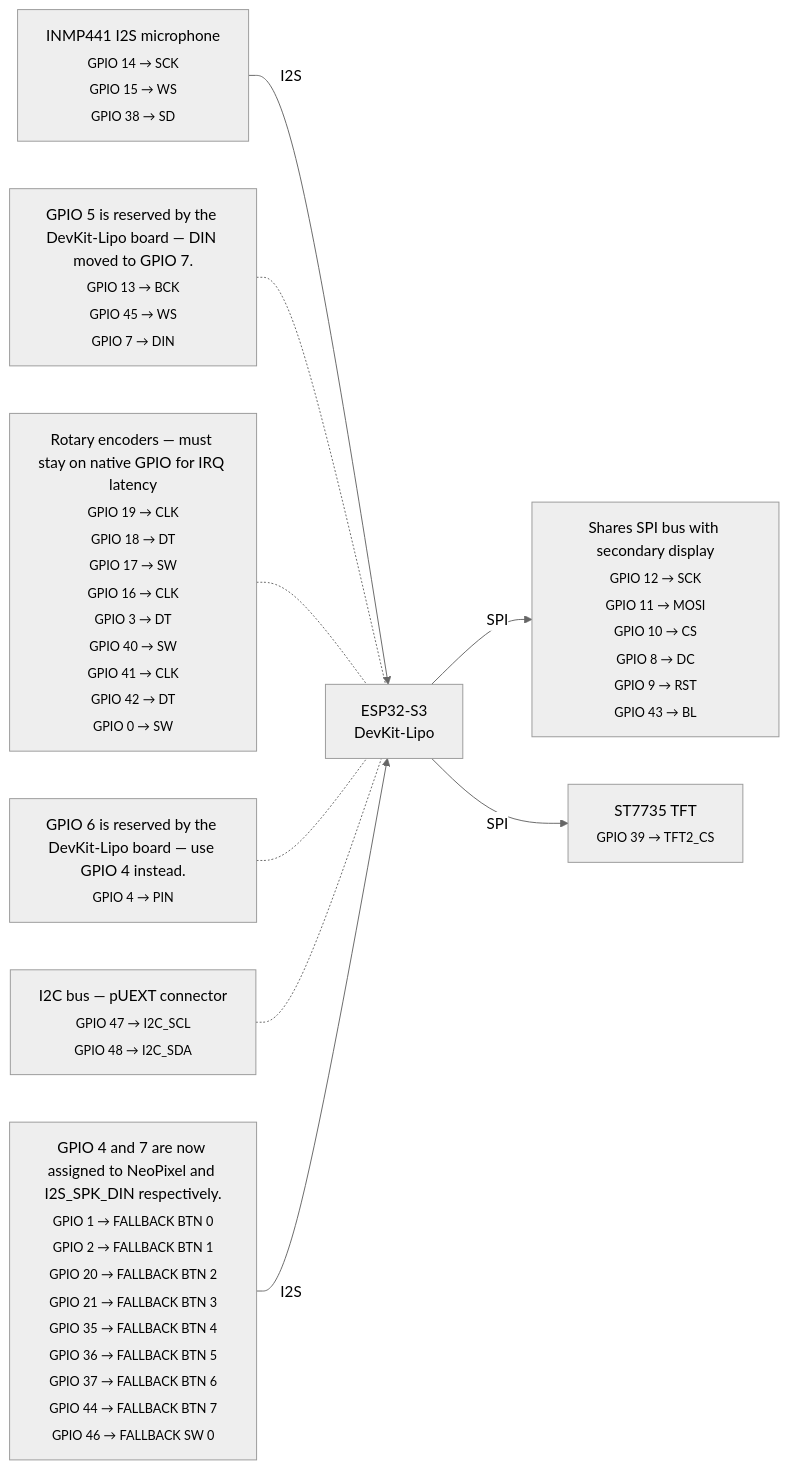
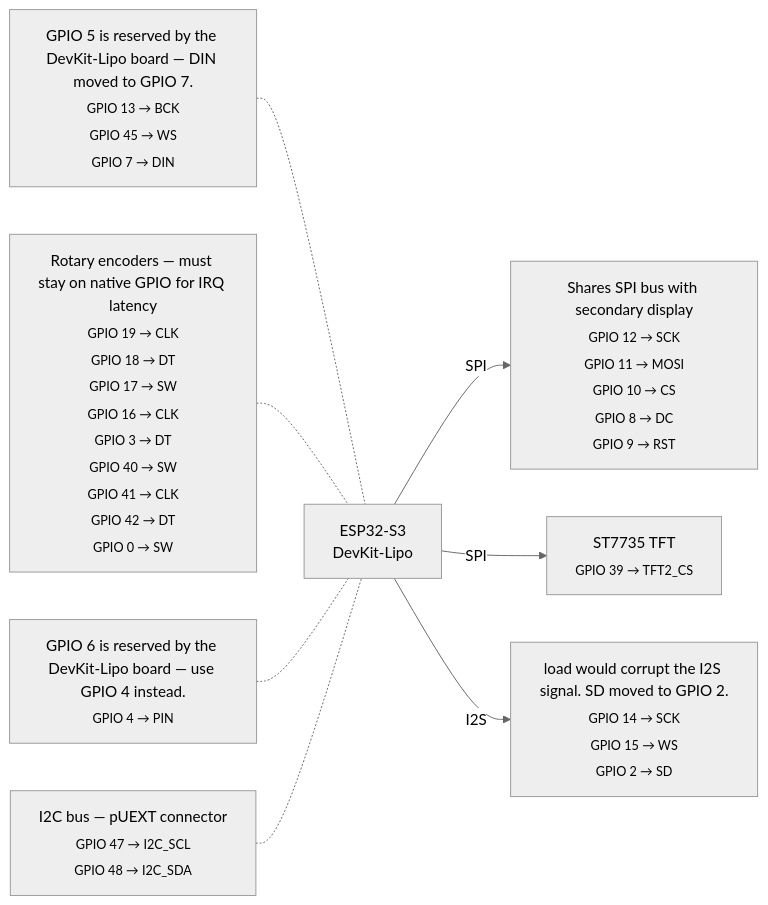
One commit to mandakan/bodn-esp32 changed the diagram in docs/wiring.md. Above: the diagram before and after it, drawn with Mermaid (neutral theme). The commit also changed other lines of this file and 3 other files, not shown here.

````diff
--- a/docs/wiring.md
+++ b/docs/wiring.md
@@ -8,29 +8,26 @@
 ```mermaid
 graph LR
     ESP["ESP32-S3<br/>DevKit-Lipo"]
 
-    SharesSPIbuswithsecondarydisplay["Shares SPI bus with secondary display<br/><sub>GPIO 12 → SCK<br/>GPIO 11 → MOSI<br/>GPIO 10 → CS<br/>GPIO 8 → DC<br/>GPIO 9 → RST<br/>GPIO 43 → BL</sub>"]
+    SharesSPIbuswithsecondarydisplay["Shares SPI bus with secondary display<br/><sub>GPIO 12 → SCK<br/>GPIO 11 → MOSI<br/>GPIO 10 → CS<br/>GPIO 8 → DC<br/>GPIO 9 → RST</sub>"]
     ESP -- SPI --> SharesSPIbuswithsecondarydisplay
 
     ST7735TFT["ST7735 TFT<br/><sub>GPIO 39 → TFT2_CS</sub>"]
     ESP -- SPI --> ST7735TFT
 
-    INMP441I2Smicrophone["INMP441 I2S microphone<br/><sub>GPIO 14 → SCK<br/>GPIO 15 → WS<br/>GPIO 38 → SD</sub>"]
-    INMP441I2Smicrophone -- I2S --> ESP
+    loadwouldcorrupttheI2SsignalSDmovedtoGPIO2["load would corrupt the I2S signal. SD moved to GPIO 2.<br/><sub>GPIO 14 → SCK<br/>GPIO 15 → WS<br/>GPIO 2 → SD</sub>"]
+    ESP -- I2S --> loadwouldcorrupttheI2SsignalSDmovedtoGPIO2
 
     GPIO5isreservedbytheDevKitLipoboardDINmovedtoGPIO7["GPIO 5 is reserved by the DevKit-Lipo board — DIN moved to GPIO 7.<br/><sub>GPIO 13 → BCK<br/>GPIO 45 → WS<br/>GPIO 7 → DIN</sub>"]
     GPIO5isreservedbytheDevKitLipoboardDINmovedtoGPIO7 -.- ESP
 
     RotaryencodersmuststayonnativeGPIOforIRQlatency["Rotary encoders — must stay on native GPIO for IRQ latency<br/><sub>GPIO 19 → CLK<br/>GPIO 18 → DT<br/>GPIO 17 → SW<br/>GPIO 16 → CLK<br/>GPIO 3 → DT<br/>GPIO 40 → SW<br/>GPIO 41 → CLK<br/>GPIO 42 → DT<br/>GPIO 0 → SW</sub>"]
     RotaryencodersmuststayonnativeGPIOforIRQlatency -.- ESP
 
     GPIO6isreservedbytheDevKitLipoboarduseGPIO4instead["GPIO 6 is reserved by the DevKit-Lipo board — use GPIO 4 instead.<br/><sub>GPIO 4 → PIN</sub>"]
     GPIO6isreservedbytheDevKitLipoboarduseGPIO4instead -.- ESP
 
     I2CbuspUEXTconnector["I2C bus — pUEXT connector<br/><sub>GPIO 47 → I2C_SCL<br/>GPIO 48 → I2C_SDA</sub>"]
     I2CbuspUEXTconnector -.- ESP
 
-    GPIO4and7arenowassignedtoNeoPixelandI2SSPKDINrespectively["GPIO 4 and 7 are now assigned to NeoPixel and I2S_SPK_DIN respectively.<br/><sub>GPIO 1 → FALLBACK BTN 0<br/>GPIO 2 → FALLBACK BTN 1<br/>GPIO 20 → FALLBACK BTN 2<br/>GPIO 21 → FALLBACK BTN 3<br/>GPIO 35 → FALLBACK BTN 4<br/>GPIO 36 → FALLBACK BTN 5<br/>GPIO 37 → FALLBACK BTN 6<br/>GPIO 44 → FALLBACK BTN 7<br/>GPIO 46 → FALLBACK SW 0</sub>"]
-    GPIO4and7arenowassignedtoNeoPixelandI2SSPKDINrespectively -- I2S --> ESP
-
 ```
````
